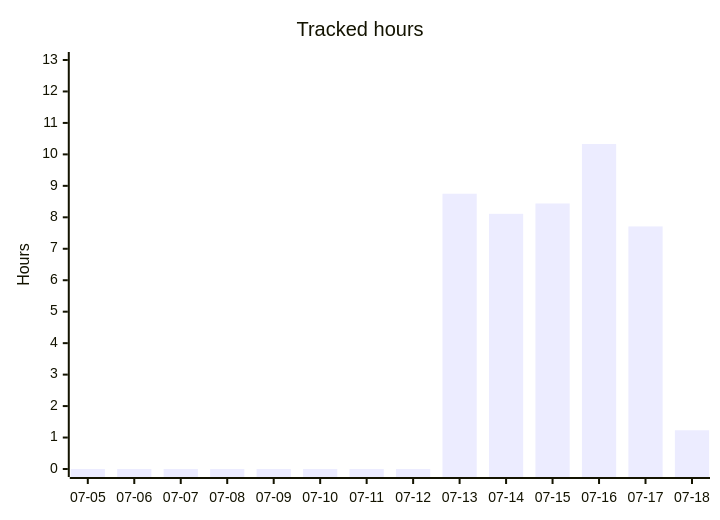
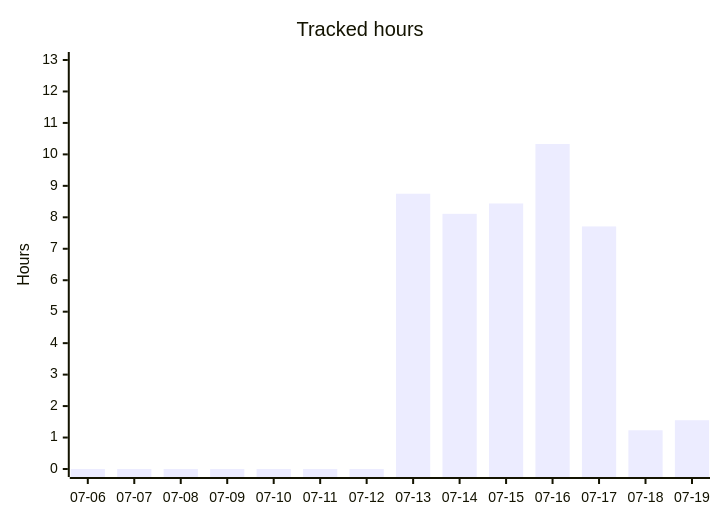
One commit to albinforsberg-netizen/timeclock changed the second of 5 diagrams in README.org. Above: the diagram before and after it, drawn with Mermaid. The commit also changed other lines of this file, not shown here.

```diff
--- a/README.org
+++ b/README.org
@@ -91,7 +92,7 @@
 #+begin_src mermaid
 xychart-beta
     title "Tracked hours"
-    x-axis ["07-05", "07-06", "07-07", "07-08", "07-09", "07-10", "07-11", "07-12", "07-13", "07-14", "07-15", "07-16", "07-17", "07-18"]
+    x-axis ["07-06", "07-07", "07-08", "07-09", "07-10", "07-11", "07-12", "07-13", "07-14", "07-15", "07-16", "07-17", "07-18", "07-19"]
     y-axis "Hours" 0 --> 13
-    bar [0.00, 0.00, 0.00, 0.00, 0.00, 0.00, 0.00, 0.00, 8.75, 8.11, 8.44, 10.33, 7.71, 1.23]
+    bar [0.00, 0.00, 0.00, 0.00, 0.00, 0.00, 0.00, 8.75, 8.11, 8.44, 10.33, 7.71, 1.23, 1.55]
 #+end_src
```
